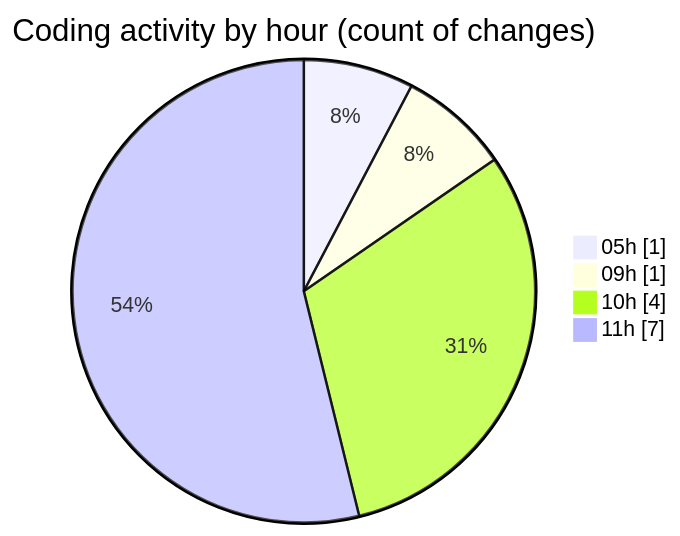
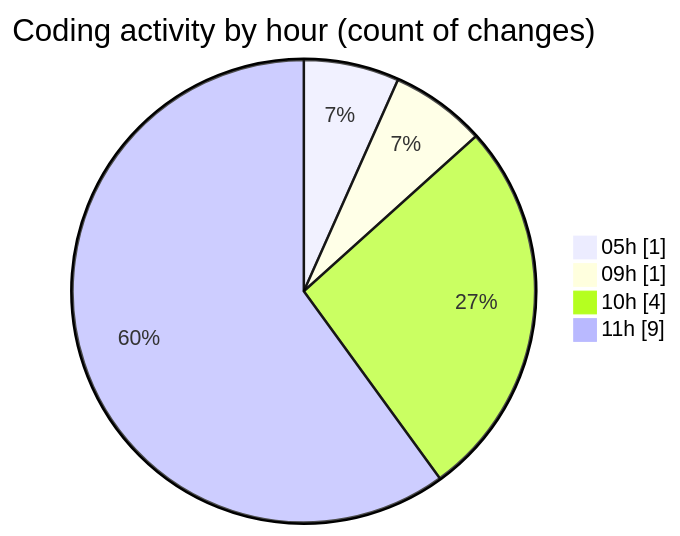
One commit to FelipKnott/code-tracking changed the second of 2 diagrams in 2025-07-13/cursor/README.md. Above: the diagram before and after it, drawn with Mermaid. The commit also changed other lines of this file and 1 other file, not shown here.

````diff
--- a/2025-07-13/cursor/README.md
+++ b/2025-07-13/cursor/README.md
@@ -33,8 +35,8 @@
 ```mermaid
 pie showData
 title Coding activity by hour (count of changes)
 "05h" : 1
 "09h" : 1
 "10h" : 4
-"11h" : 7
+"11h" : 9
 ```
````
